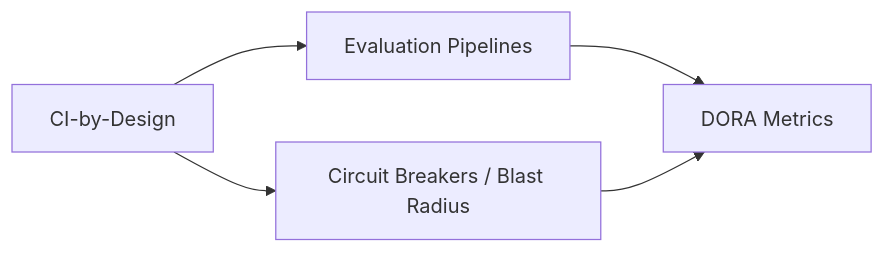
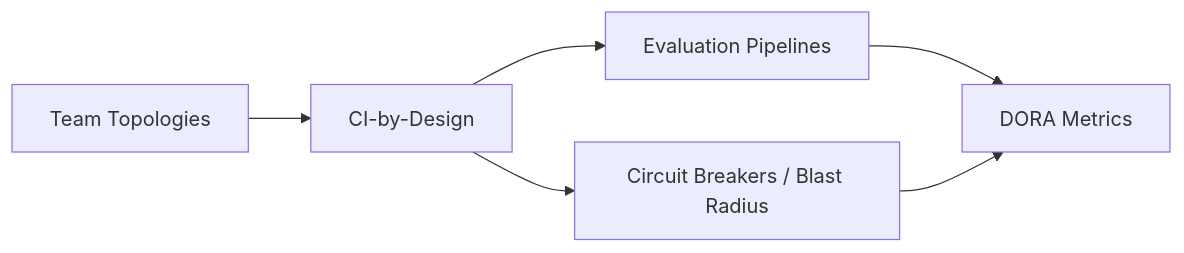
The diagram in docs/domains/delivery-operating-practice/index.md (Sunparus/ai-native-product-ops), drawn with Mermaid before and after one commit. The commit also changed 2 other files, not shown here.

Commit message:
Self-QA on Batch 3 before push: 3 real findings, fixed
1. Delivery & Operating Practice's schema diagram didn't include the
   Team Topologies node, despite it now being a full second page in
   the domain -- visual and content had drifted apart within the same
   commit. Added.

2. Mischaracterized OWASP mapping: guardrails.md's case-study
   cross-link labeled the sandbox incident as 'LLM06 Excessive Agency'.
   The case study's own text says guardrails were deliberately
   disabled to test capability -- an intentional condition, not an
   Excessive Agency design flaw (which describes unintentional
   over-permissioning). Corrected to LLM03 (Supply Chain) only, with
   an explicit note that OWASP's list targets production applications,
   not adversarial capability evals -- the case doesn't map cleanly
   and shouldn't be forced to.

3. ethics-bias.md discussed evaluation blind spots without linking to
   LLM09 (Misinformation), added to guardrails.md in the same batch --
   a same-domain cross-link that should have existed from the start.

````diff
--- a/docs/domains/delivery-operating-practice/index.md
+++ b/docs/domains/delivery-operating-practice/index.md
@@ -11,7 +11,8 @@
 ```mermaid
 flowchart LR
-    CI[CI-by-Design] --> EVAL[Evaluation Pipelines]
+    TT[Team Topologies] --> CI[CI-by-Design]
+    CI --> EVAL[Evaluation Pipelines]
     CI --> BREAK[Circuit Breakers / Blast Radius]
     EVAL --> METRICS[DORA Metrics]
     BREAK --> METRICS
 ```
````
